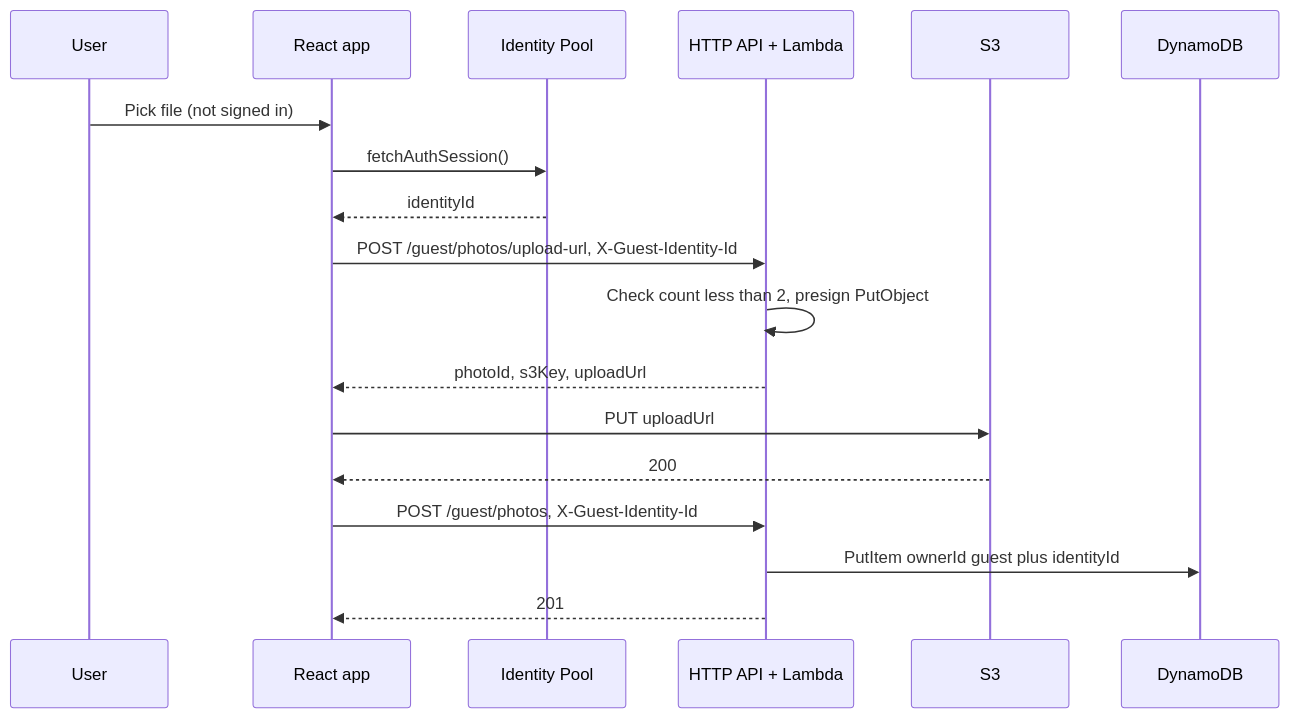
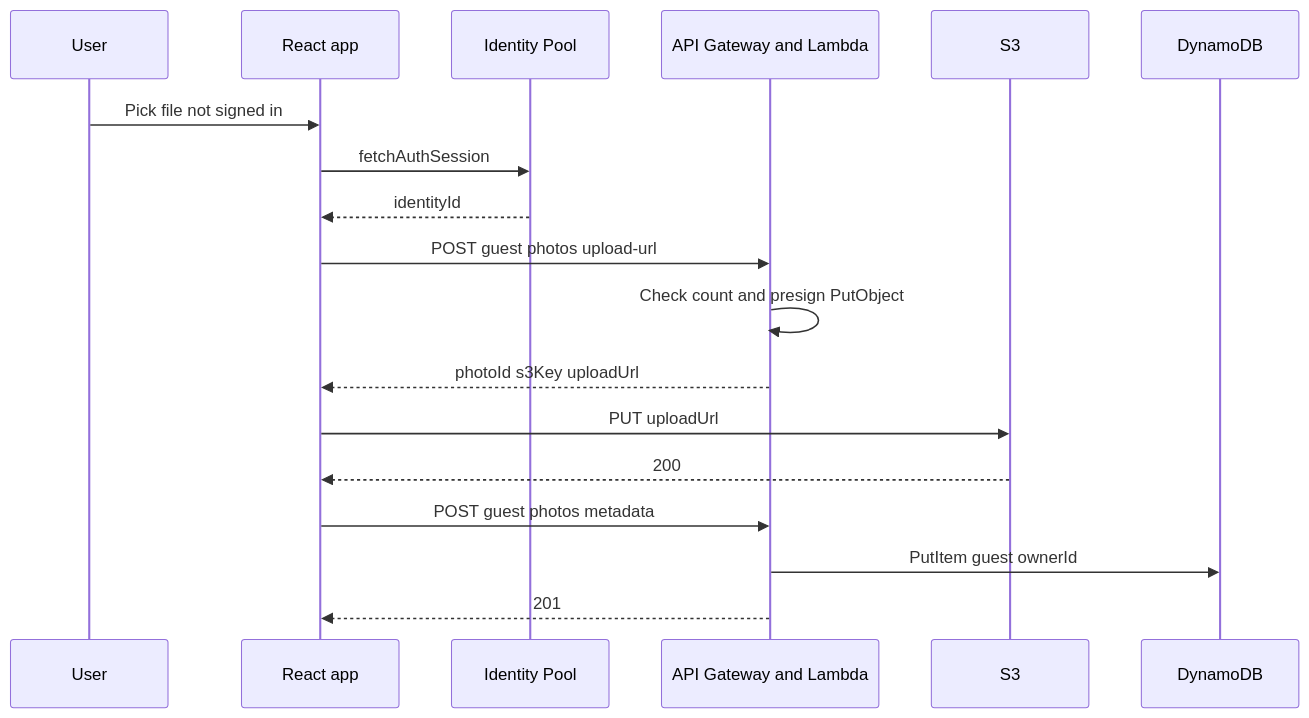
Before and after one commit to stephenfreely/photostore: the first of 8 diagrams in README.md, drawn with Mermaid. The commit also changed other lines of this file, not shown here.

````diff
--- a/README.md
+++ b/README.md
@@ -279,24 +279,24 @@
 ```mermaid
 sequenceDiagram
   participant User
   participant React as React app
   participant Cognito as Identity Pool
-  participant API as HTTP API + Lambda
+  participant API as API Gateway and Lambda
   participant S3 as S3
   participant DDB as DynamoDB
 
-  User->>React: Pick file (not signed in)
-  React->>Cognito: fetchAuthSession()
+  User->>React: Pick file not signed in
+  React->>Cognito: fetchAuthSession
   Cognito-->>React: identityId
 
-  React->>API: POST /guest/photos/upload-url, X-Guest-Identity-Id
-  API->>API: Check count less than 2, presign PutObject
-  API-->>React: photoId, s3Key, uploadUrl
+  React->>API: POST guest photos upload-url
+  API->>API: Check count and presign PutObject
+  API-->>React: photoId s3Key uploadUrl
 
   React->>S3: PUT uploadUrl
   S3-->>React: 200
 
-  React->>API: POST /guest/photos, X-Guest-Identity-Id
-  API->>DDB: PutItem ownerId guest plus identityId
+  React->>API: POST guest photos metadata
+  API->>DDB: PutItem guest ownerId
   API-->>React: 201
 ```
````
